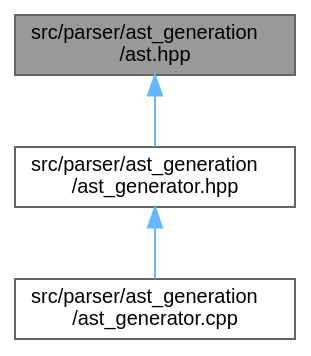
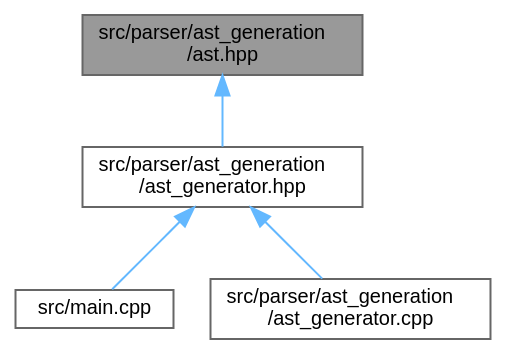
The diagram in pebbl/docs/ast_8hpp__dep__incl.dot (kejunp/kejunp.github.io), drawn with Graphviz before and after one commit. The commit also changed 114 other files, not shown here.

```diff
--- a/pebbl/docs/ast_8hpp__dep__incl.dot
+++ b/pebbl/docs/ast_8hpp__dep__incl.dot
@@ -1,12 +1,14 @@
 digraph "src/parser/ast_generation/ast.hpp"
 {
  // LATEX_PDF_SIZE
   bgcolor="transparent";
   edge [fontname=Helvetica,fontsize=10,labelfontname=Helvetica,labelfontsize=10];
   node [fontname=Helvetica,fontsize=10,shape=box,height=0.2,width=0.4];
   Node1 [id="Node000001",label="src/parser/ast_generation\l/ast.hpp",height=0.2,width=0.4,color="gray40", fillcolor="grey60", style="filled", fontcolor="black",tooltip=" "];
   Node1 -> Node2 [id="edge1_Node000001_Node000002",dir="back",color="steelblue1",style="solid",tooltip=" "];
   Node2 [id="Node000002",label="src/parser/ast_generation\l/ast_generator.hpp",height=0.2,width=0.4,color="grey40", fillcolor="white", style="filled",URL="$ast__generator_8hpp.html",tooltip=" "];
   Node2 -> Node3 [id="edge2_Node000002_Node000003",dir="back",color="steelblue1",style="solid",tooltip=" "];
-  Node3 [id="Node000003",label="src/parser/ast_generation\l/ast_generator.cpp",height=0.2,width=0.4,color="grey40", fillcolor="white", style="filled",URL="$ast__generator_8cpp.html",tooltip=" "];
+  Node3 [id="Node000003",label="src/main.cpp",height=0.2,width=0.4,color="grey40", fillcolor="white", style="filled",URL="$main_8cpp.html",tooltip=" "];
+  Node2 -> Node4 [id="edge3_Node000002_Node000004",dir="back",color="steelblue1",style="solid",tooltip=" "];
+  Node4 [id="Node000004",label="src/parser/ast_generation\l/ast_generator.cpp",height=0.2,width=0.4,color="grey40", fillcolor="white", style="filled",URL="$ast__generator_8cpp.html",tooltip=" "];
 }
```
